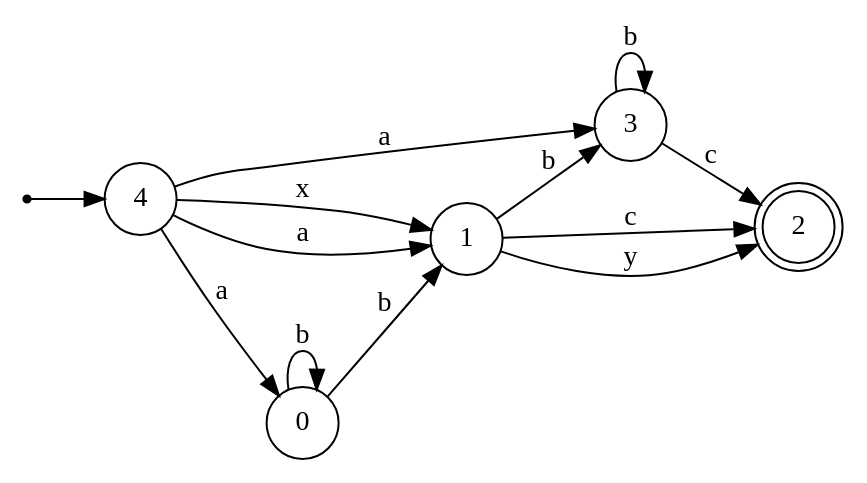
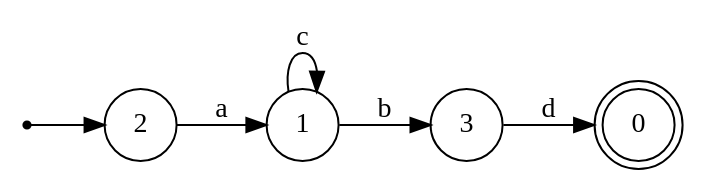
One commit to LeonardoDeFaveri/NFA-minimization changed the diagram in minimized/right_left.gv. Above: the diagram before and after it, drawn with Graphviz. The commit also changed 83 other files, not shown here.

```diff
--- a/minimized/right_left.gv
+++ b/minimized/right_left.gv
@@ -1,22 +1,14 @@
 digraph {
 	rankdir = LR;
 	size = "30,20";
 	node [shape = point]; "dummy0"
-	node [shape = circle]; "4"
-	"dummy0" -> "4";
-	node [shape = circle]; "0";
-	node [shape = doublecircle]; "2";
+	node [shape = circle]; "2"
+	"dummy0" -> "2";
 	node [shape = circle]; "3";
+	node [shape = doublecircle]; "0";
 	node [shape = circle]; "1";
-	"3" -> "2" [label = "c"];
-	"3" -> "3" [label = "b"];
-	"1" -> "2" [label = "c"];
-	"1" -> "2" [label = "y"];
+	"3" -> "0" [label = "d"];
+	"2" -> "1" [label = "a"];
 	"1" -> "3" [label = "b"];
-	"0" -> "1" [label = "b"];
-	"0" -> "0" [label = "b"];
-	"4" -> "1" [label = "x"];
-	"4" -> "0" [label = "a"];
-	"4" -> "1" [label = "a"];
-	"4" -> "3" [label = "a"];
+	"1" -> "1" [label = "c"];
 }
```
